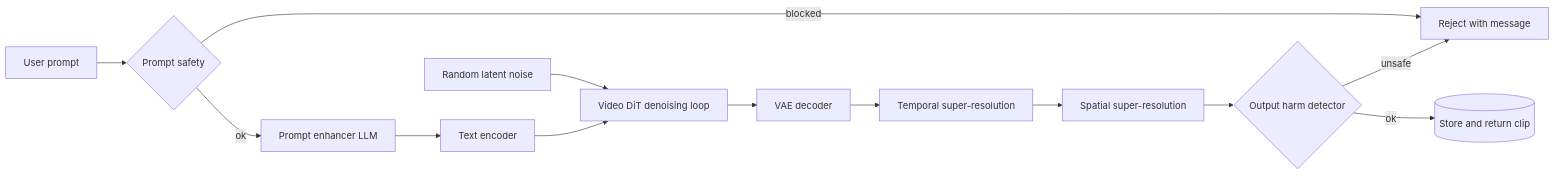
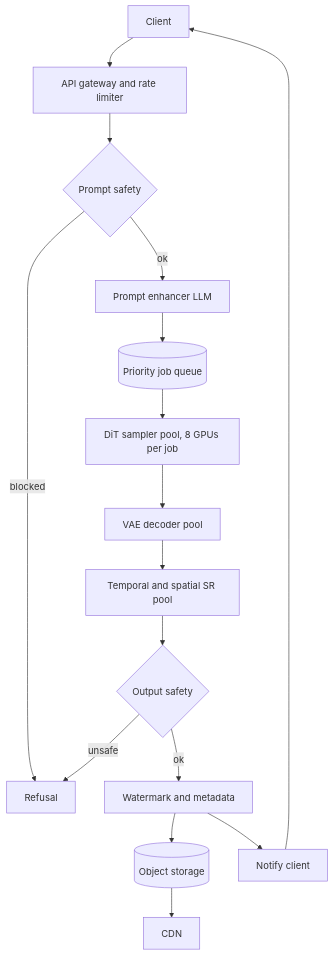
Before and after one commit to johklo/johklo.github.io: the fourth of 5 diagrams in content/docs/tech/generative-ai-system-design-interview/11-text-to-video-generation.md, drawn with Mermaid. The commit also changed other lines of this file and 10 other files, not shown here.

````diff
--- a/content/docs/tech/generative-ai-system-design-interview/11-text-to-video-generation.md
+++ b/content/docs/tech/generative-ai-system-design-interview/11-text-to-video-generation.md
@@ -59,17 +304,20 @@
 ```mermaid
-flowchart LR
-    accTitle: Text-to-video inference pipeline
-    accDescr: A user prompt passes a safety check, is expanded by a prompt enhancer and encoded, then a latent diffusion transformer denoises random latent noise into a short low-frame-rate latent clip; the VAE decoder produces pixels, temporal and spatial super-resolution raise frame rate and resolution, and an output harm detector gates delivery.
-    P[User prompt] --> S1{Prompt safety}
-    S1 -- blocked --> X[Reject with message]
-    S1 -- ok --> PE[Prompt enhancer LLM]
-    PE --> TE[Text encoder]
-    N[Random latent noise] --> D[Video DiT denoising loop]
-    TE --> D
-    D --> VD[VAE decoder]
-    VD --> TSR[Temporal super-resolution]
-    TSR --> SSR[Spatial super-resolution]
-    SSR --> S2{Output harm detector}
-    S2 -- unsafe --> X
-    S2 -- ok --> O[(Store and return clip)]
+flowchart TB
+    accTitle: Text-to-video serving architecture
+    accDescr: The client calls an API gateway; a prompt safety service and prompt enhancer run before a job is placed on a priority queue; GPU worker pools run the DiT sampler, VAE decoder and super-resolution stages; an output safety classifier and watermarker gate results written to object storage and served through a CDN, with notification back to the client.
+    CL[Client] --> GW[API gateway and rate limiter]
+    GW --> PS{Prompt safety}
+    PS -->|blocked| RJ[Refusal]
+    PS -->|ok| PE[Prompt enhancer LLM]
+    PE --> Q[(Priority job queue)]
+    Q --> DIT["DiT sampler pool, 8 GPUs per job"]
+    DIT --> DEC[VAE decoder pool]
+    DEC --> SR["Temporal and spatial SR pool"]
+    SR --> OS{Output safety}
+    OS -->|unsafe| RJ
+    OS -->|ok| WM[Watermark and metadata]
+    WM --> ST[(Object storage)]
+    ST --> CDN[CDN]
+    WM --> NT[Notify client]
+    NT --> CL
 ```
````
